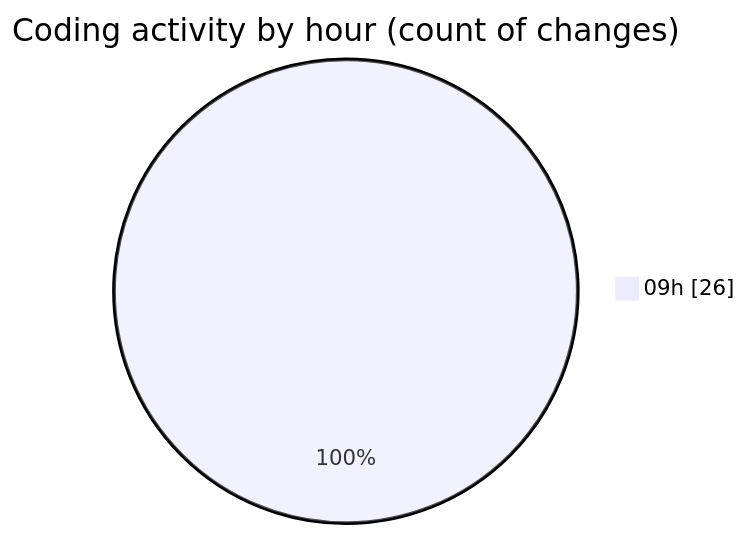
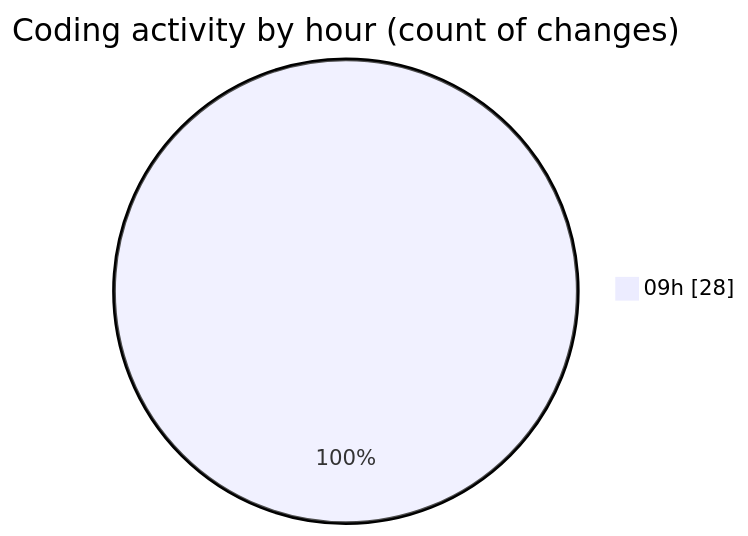
One commit to momahboobian/code-tracking changed the second of 2 diagrams in 2025-02-12/cda/README.md. Above: the diagram before and after it, drawn with Mermaid. The commit also changed other lines of this file and 1 other file, not shown here.

````diff
--- a/2025-02-12/cda/README.md
+++ b/2025-02-12/cda/README.md
@@ -29,5 +29,5 @@
 ```mermaid
 pie showData
 title Coding activity by hour (count of changes)
-"09h" : 26
+"09h" : 28
 ```
````
